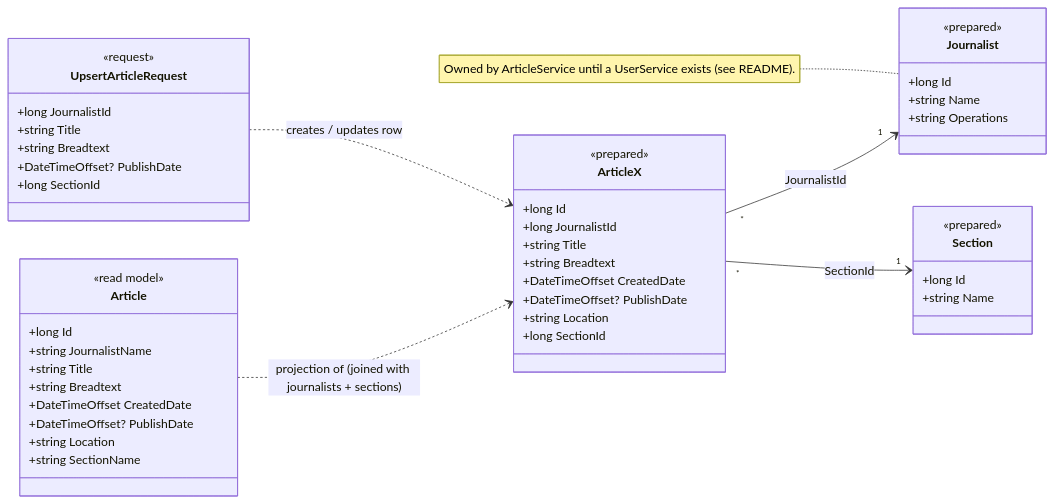
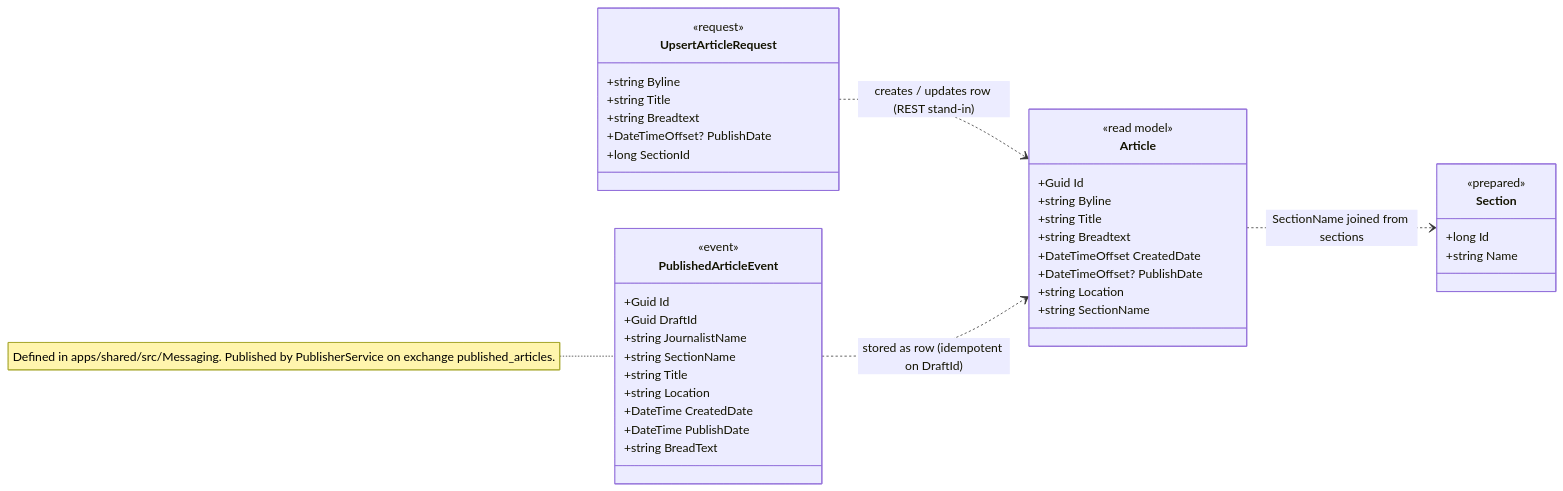
One commit to PBSW-easv-ea-peter/HappyHeadlines changed the diagram in C4 diagram/docs/L4/article.md. Above: the diagram before and after it, drawn with Mermaid. The commit also changed other lines of this file and 4 other files, not shown here.

````diff
--- a/C4 diagram/docs/L4/article.md
+++ b/C4 diagram/docs/L4/article.md
@@ -6,57 +7,50 @@
 ```mermaid
 classDiagram
     direction LR
 
     class Article {
         <<read model>>
-        +long Id
-        +string JournalistName
+        +Guid Id
+        +string Byline
         +string Title
         +string Breadtext
         +DateTimeOffset CreatedDate
         +DateTimeOffset? PublishDate
         +string Location
         +string SectionName
     }
 
     class UpsertArticleRequest {
         <<request>>
-        +long JournalistId
+        +string Byline
         +string Title
         +string Breadtext
         +DateTimeOffset? PublishDate
         +long SectionId
     }
 
-    class ArticleX {
-        <<prepared>>
-        +long Id
-        +long JournalistId
+    class PublishedArticleEvent {
+        <<event>>
+        +Guid Id
+        +Guid DraftId
+        +string JournalistName
+        +string SectionName
         +string Title
-        +string Breadtext
-        +DateTimeOffset CreatedDate
-        +DateTimeOffset? PublishDate
         +string Location
-        +long SectionId
-    }
-
-    class Journalist {
-        <<prepared>>
-        +long Id
-        +string Name
-        +string Operations
+        +DateTime CreatedDate
+        +DateTime PublishDate
+        +string BreadText
     }
 
     class Section {
         <<prepared>>
         +long Id
         +string Name
     }
 
-    UpsertArticleRequest ..> ArticleX : creates / updates row
-    ArticleX "*" --> "1" Journalist : JournalistId
-    ArticleX "*" --> "1" Section : SectionId
-    Article ..> ArticleX : projection of (joined with journalists + sections)
+    UpsertArticleRequest ..> Article : creates / updates row (REST stand-in)
+    PublishedArticleEvent ..> Article : stored as row (idempotent on DraftId)
+    Article ..> Section : SectionName joined from sections
 
-    note for Journalist "Owned by ArticleService until a UserService exists (see README)."
+    note for PublishedArticleEvent "Defined in apps/shared/src/Messaging. Published by PublisherService on exchange published_articles."
 ```
````
